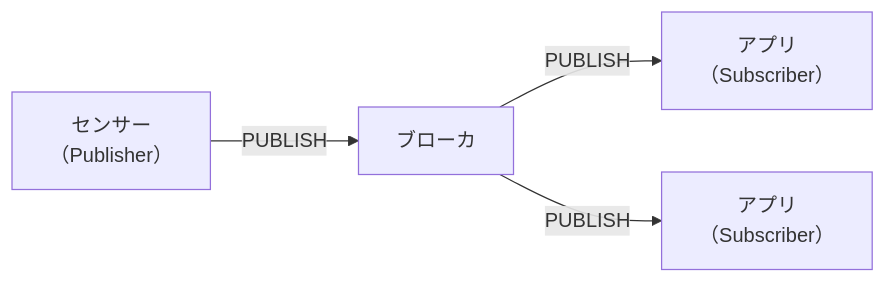
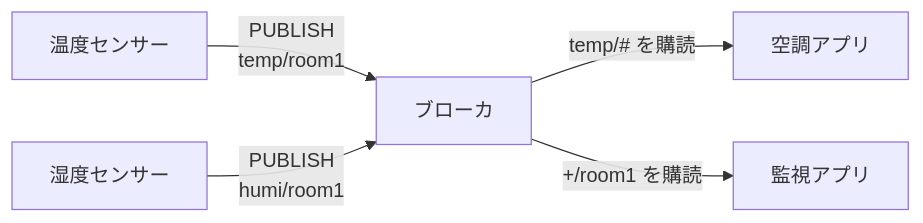
One commit to nnnaanaa/document changed the third of 8 diagrams in network/protocol/iot.md. Above: the diagram before and after it, drawn with Mermaid. The commit also changed other lines of this file, not shown here.

Commit message:
IoT暗記シートに図を追加（全体像、セルラー系と非セルラー系、トピックとワイルドカード、QoS、CONとACK、MQTTとCoAPの使い分け）

````diff
--- a/network/protocol/iot.md
+++ b/network/protocol/iot.md
@@ -46,6 +93,7 @@
 ```mermaid
 flowchart LR
-  P["センサー<br>（Publisher）"] -- "PUBLISH" --> B["ブローカ"]
-  B -- "PUBLISH" --> S1["アプリ<br>（Subscriber）"]
-  B -- "PUBLISH" --> S2["アプリ<br>（Subscriber）"]
+  P1["温度センサー"] -- "PUBLISH<br>temp/room1" --> B["ブローカ"]
+  P2["湿度センサー"] -- "PUBLISH<br>humi/room1" --> B
+  B -- "temp/# を購読" --> A1["空調アプリ"]
+  B -- "+/room1 を購読" --> A2["監視アプリ"]
 ```
````
